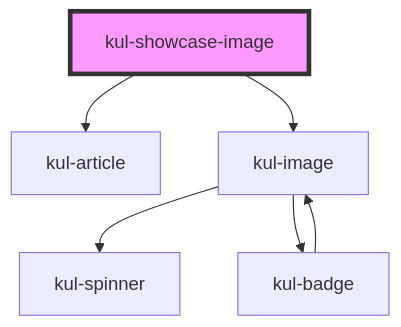
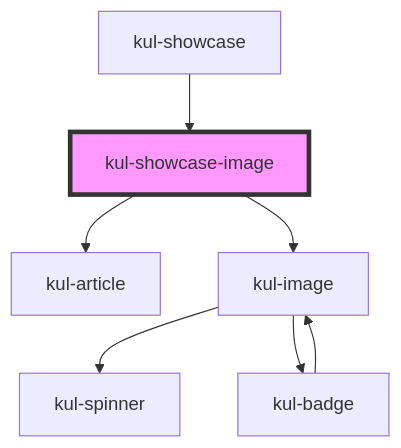
The diagram in packages/ketchup-lite/src/components/kul-showcase/components/image/readme.md (lucafoscili/ketchup-lite), drawn with Mermaid before and after one commit. The commit also changed other lines of this file and 45 other files, not shown here.

````diff
--- a/packages/ketchup-lite/src/components/kul-showcase/components/image/readme.md
+++ b/packages/ketchup-lite/src/components/kul-showcase/components/image/readme.md
@@ -24,9 +28,10 @@
 ```mermaid
 graph TD;
   kul-showcase-image --> kul-article
   kul-showcase-image --> kul-image
   kul-image --> kul-spinner
   kul-image --> kul-badge
   kul-badge --> kul-image
+  kul-showcase --> kul-showcase-image
   style kul-showcase-image fill:#f9f,stroke:#333,stroke-width:4px
 ```
````
